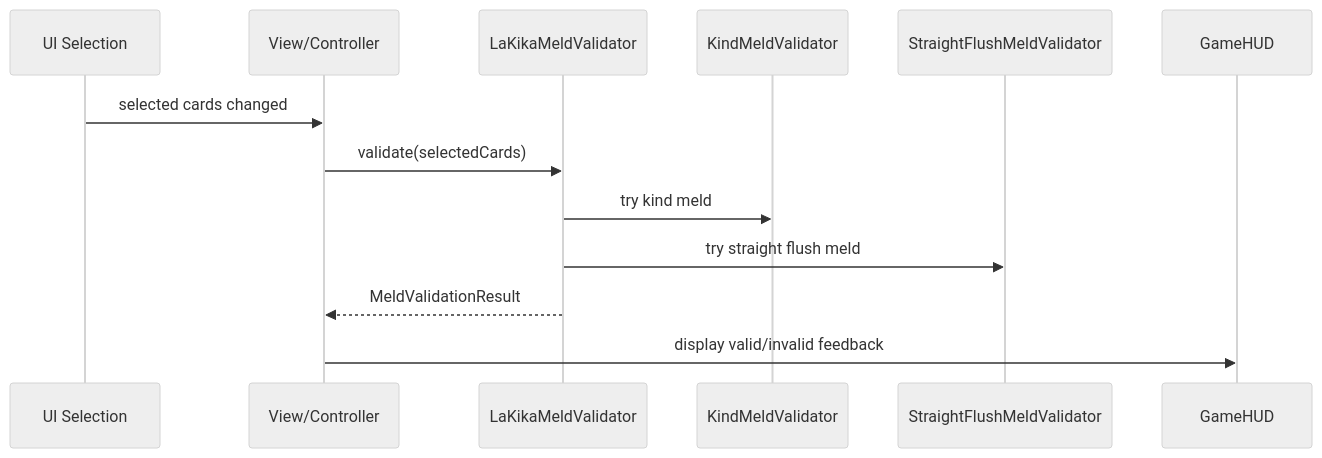
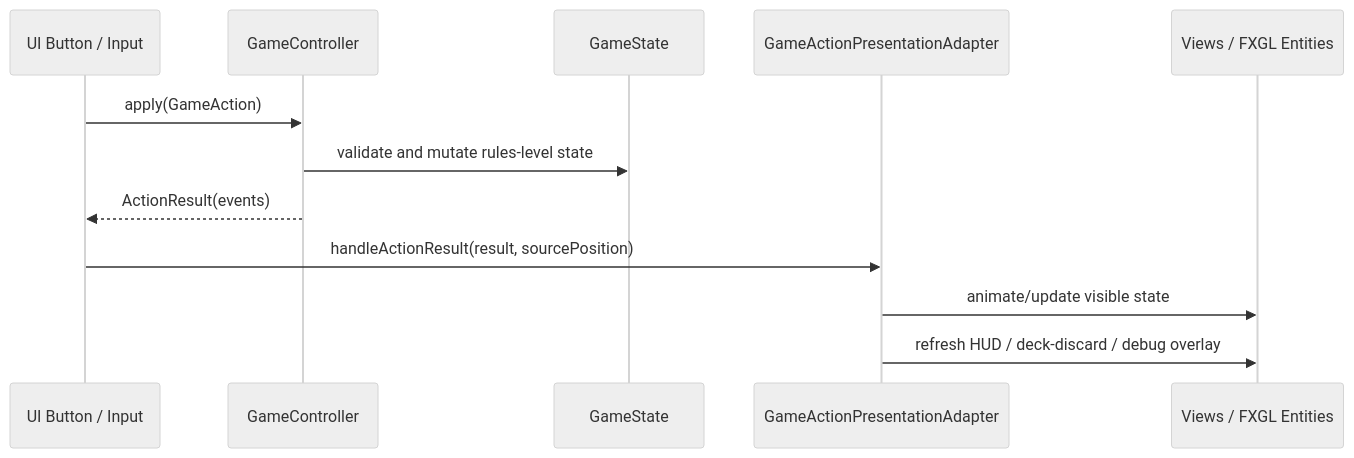
The second of 2 diagrams in architecture-overview.md (SouthwesternCollege/cards), drawn with Mermaid (neutral theme) before and after one commit. The commit also changed other lines of this file and 3 other files, not shown here.

````diff
--- a/architecture-overview.md
+++ b/architecture-overview.md
@@ -580,16 +47,15 @@
 ```mermaid
 sequenceDiagram
-    participant UI as UI Selection
-    participant VM as View/Controller
-    participant V as LaKikaMeldValidator
-    participant K as KindMeldValidator
-    participant S as StraightFlushMeldValidator
-    participant HUD as GameHUD
+    participant UI as UI Button / Input
+    participant Controller as GameController
+    participant State as GameState
+    participant Adapter as GameActionPresentationAdapter
+    participant View as Views / FXGL Entities
 
-    UI->>VM: selected cards changed
-    VM->>V: validate(selectedCards)
-    V->>K: try kind meld
-    V->>S: try straight flush meld
-    V-->>VM: MeldValidationResult
-    VM->>HUD: display valid/invalid feedback
+    UI->>Controller: apply(GameAction)
+    Controller->>State: validate and mutate rules-level state
+    Controller-->>UI: ActionResult(events)
+    UI->>Adapter: handleActionResult(result, sourcePosition)
+    Adapter->>View: animate/update visible state
+    Adapter->>View: refresh HUD / deck-discard / debug overlay
 ```
````
